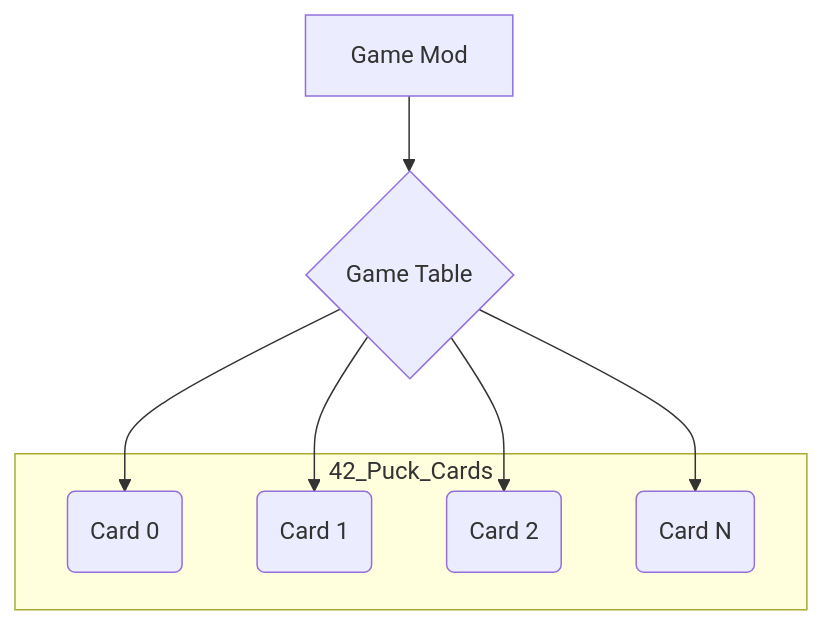
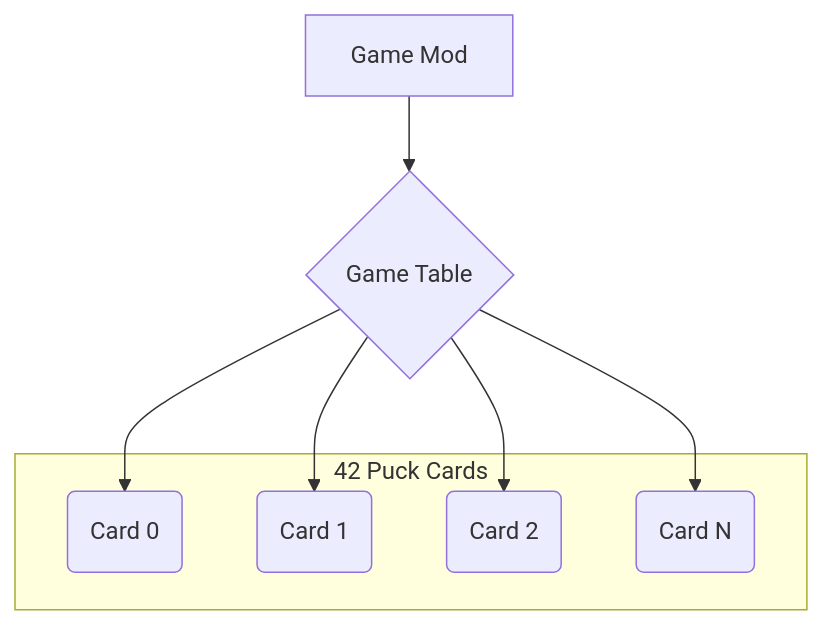
Before and after one commit to Jimmy888888/My_Solitaire_rewrite: the diagram in README.md, drawn with Mermaid.

````diff
--- a/README.md
+++ b/README.md
@@ -6,14 +6,14 @@
 ```mermaid
 graph TD
 A[Game Mod] -->B{Game Table}
 B -->C(Card 0)
 B -->D(Card 1)
 B -->E(Card 2)
 B -->F(Card N)
-subgraph 42_Puck_Cards
+subgraph 42 Puck Cards
 C
 D
 E
 F
 end
 ```
````
